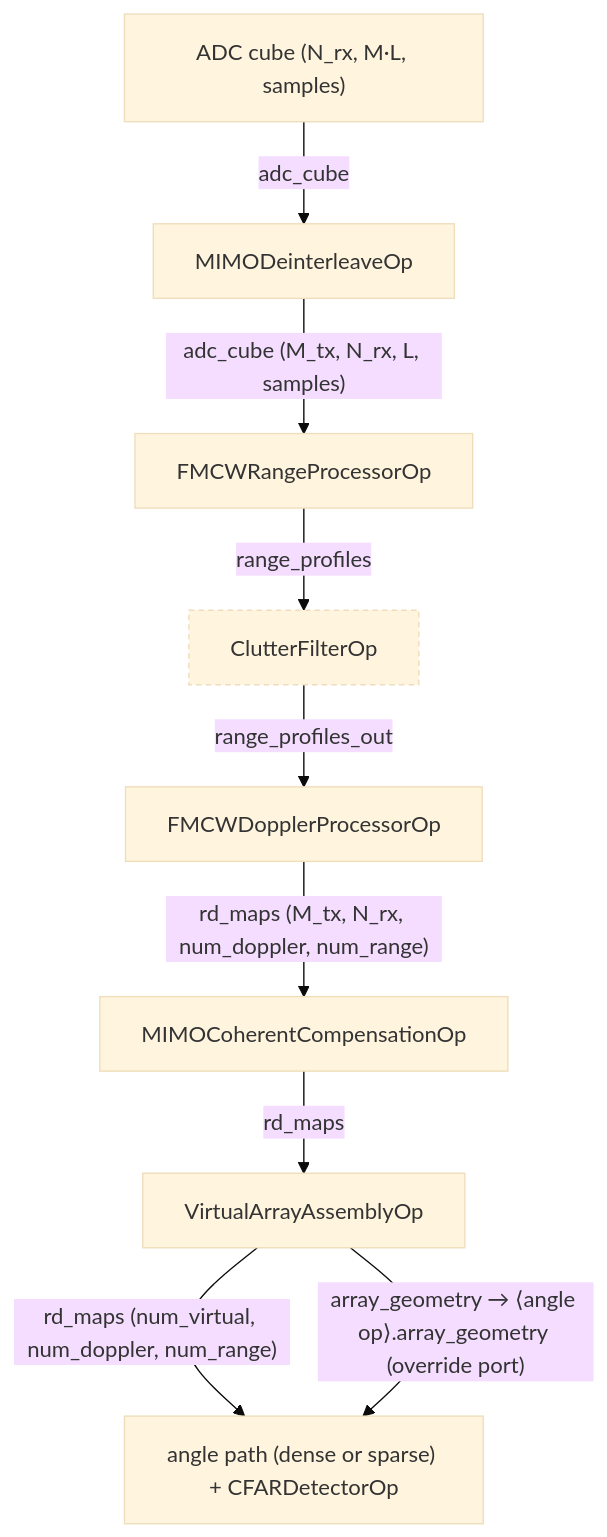
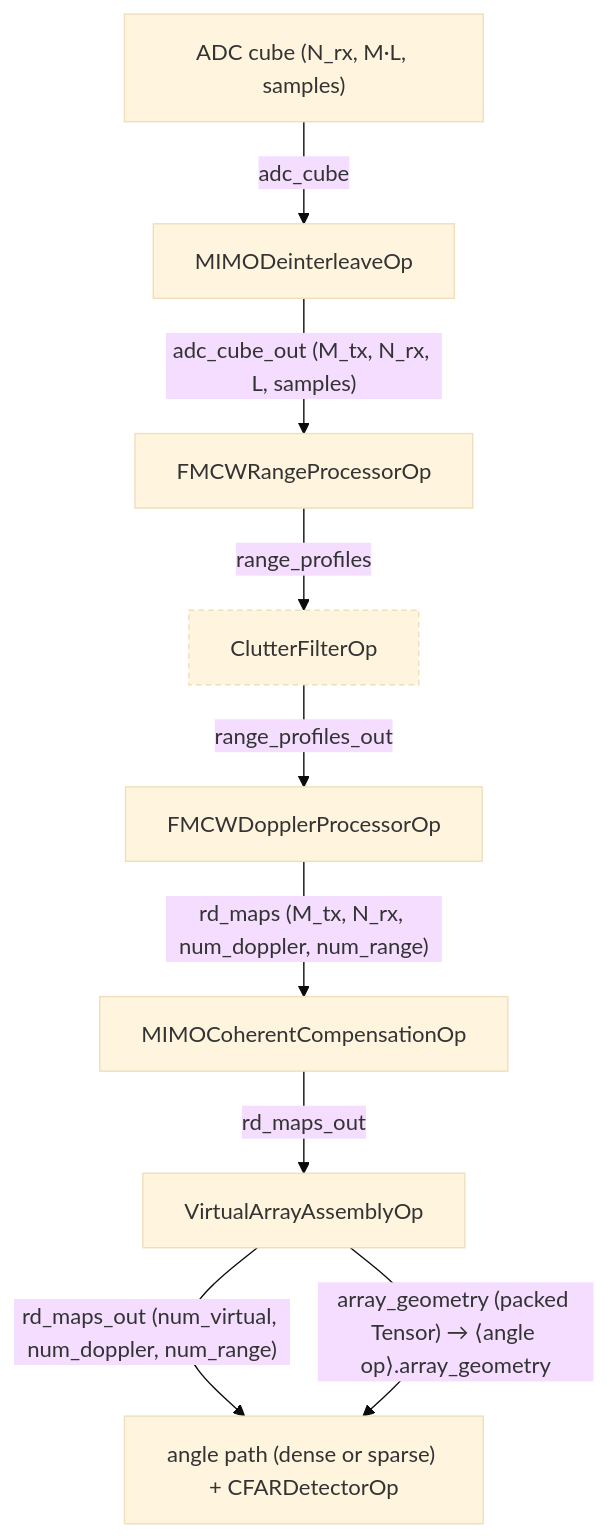
The sixth of 7 diagrams in docs/planning/WORKFLOWS.md (nvidia-holoscan/holoscan-radar), drawn with Mermaid (base theme) before and after one commit. The commit also changed other lines of this file and 26 other files, not shown here.

````diff
--- a/docs/planning/WORKFLOWS.md
+++ b/docs/planning/WORKFLOWS.md
@@ -206,13 +206,13 @@
 ```mermaid
 flowchart TD
   classDef opt stroke-dasharray:4 3
   ADC["ADC cube (N_rx, M·L, samples)"] -->|"adc_cube"| DEINT["MIMODeinterleaveOp"]
-  DEINT -->|"adc_cube (M_tx, N_rx, L, samples)"| RANGE["FMCWRangeProcessorOp"]
+  DEINT -->|"adc_cube_out (M_tx, N_rx, L, samples)"| RANGE["FMCWRangeProcessorOp"]
   RANGE -->|"range_profiles"| CLUT["ClutterFilterOp"]
   CLUT -->|"range_profiles_out"| DOPP["FMCWDopplerProcessorOp"]
   DOPP -->|"rd_maps (M_tx, N_rx, num_doppler, num_range)"| COMP["MIMOCoherentCompensationOp"]
-  COMP -->|"rd_maps"| VAA["VirtualArrayAssemblyOp"]
-  VAA -->|"rd_maps (num_virtual, num_doppler, num_range)"| ANGLE["angle path (dense or sparse) + CFARDetectorOp"]
-  VAA -->|"array_geometry → ⟨angle op⟩.array_geometry (override port)"| ANGLE
+  COMP -->|"rd_maps_out"| VAA["VirtualArrayAssemblyOp"]
+  VAA -->|"rd_maps_out (num_virtual, num_doppler, num_range)"| ANGLE["angle path (dense or sparse) + CFARDetectorOp"]
+  VAA -->|"array_geometry (packed Tensor) → ⟨angle op⟩.array_geometry"| ANGLE
   class CLUT opt
 ```
````
